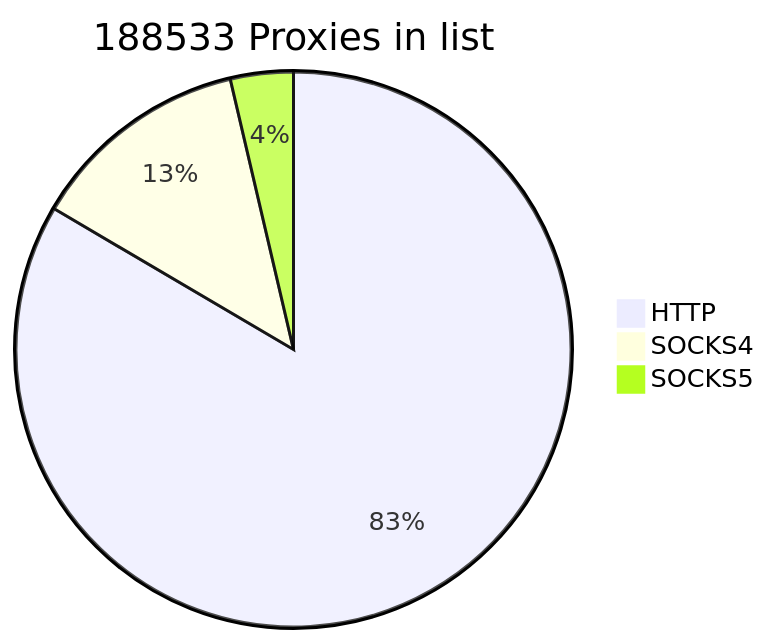
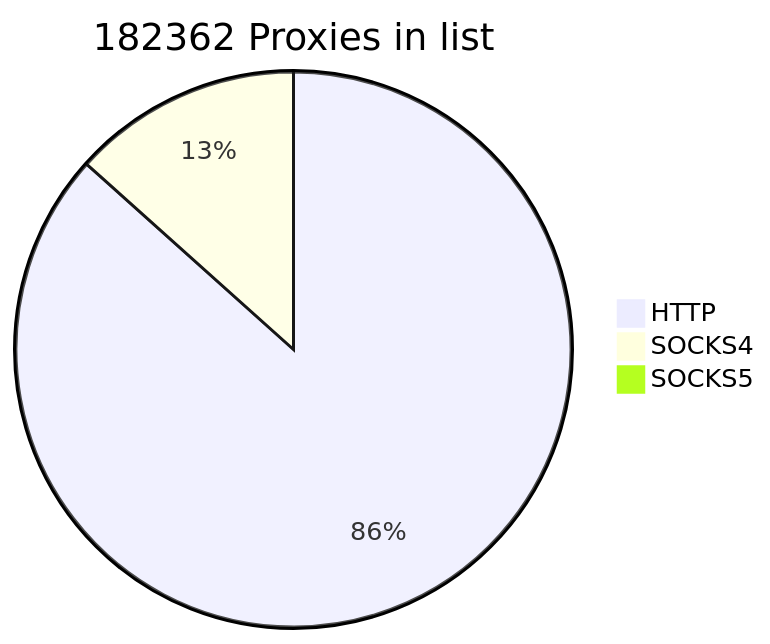
Before and after one commit to cutipu/proxylist: the first of 2 diagrams in README.md, drawn with Mermaid. The commit also changed other lines of this file, not shown here.

````diff
--- a/README.md
+++ b/README.md
@@ -2,7 +2,7 @@
 ```mermaid
-pie title 188533 Proxies in list
+pie title 182362 Proxies in list
     "HTTP" : 157353
     "SOCKS4" : 24288
-    "SOCKS5" : 6892
+    "SOCKS5" : 721
             
 ```
````
